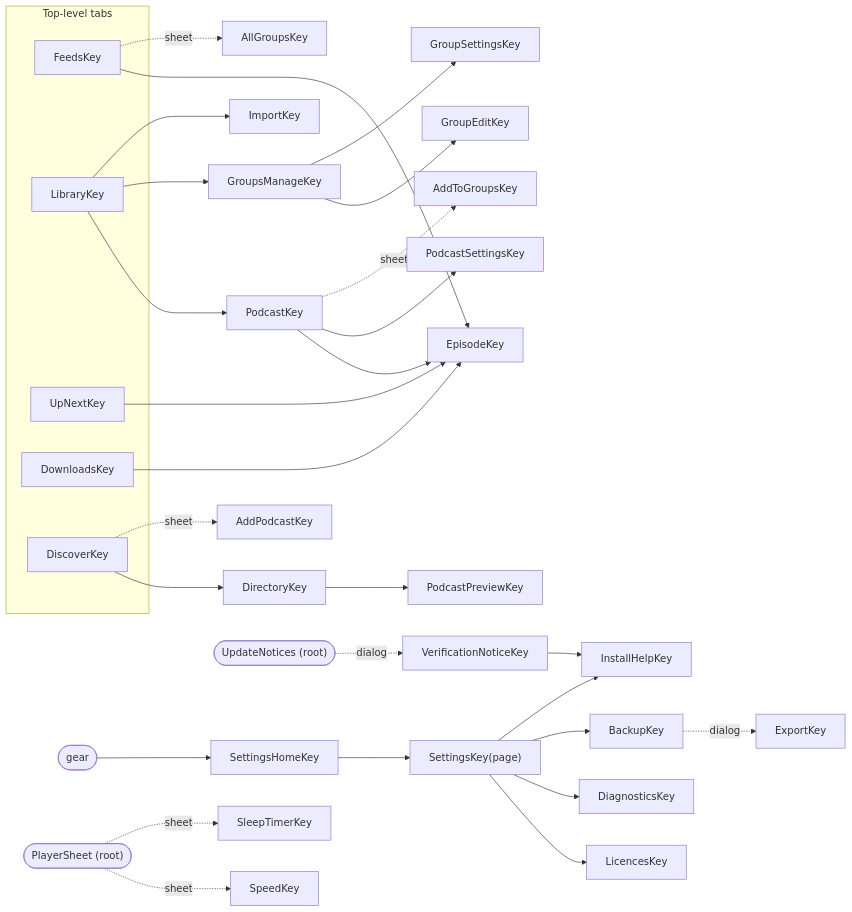
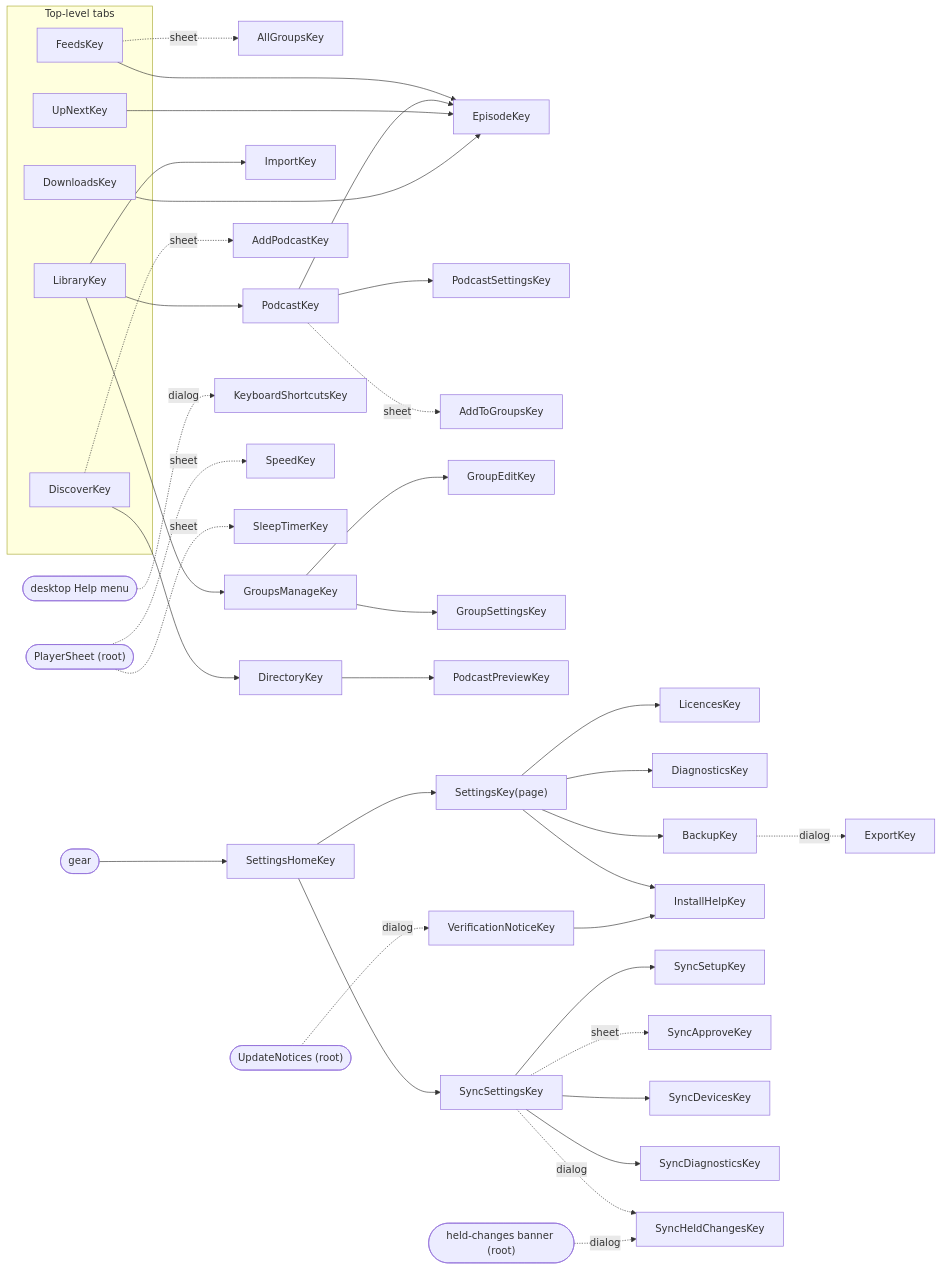
One commit to BigBoyDevBox/Neutrodyne changed the first of 6 diagrams in docs/design/08-ui-ux.md. Above: the diagram before and after it, drawn with Mermaid. The commit also changed other lines of this file and 2 other files, not shown here.

````diff
--- a/docs/design/08-ui-ux.md
+++ b/docs/design/08-ui-ux.md
@@ -128,36 +203,44 @@
 ```mermaid
 flowchart LR
   subgraph TABS["Top-level tabs"]
     F["FeedsKey"]
     L["LibraryKey"]
     U["UpNextKey"]
     D["DownloadsKey"]
     X["DiscoverKey"]
   end
   F --> E["EpisodeKey"]
   F -. sheet .-> AG["AllGroupsKey"]
   L --> P["PodcastKey"]
   P --> E
   P --> PS["PodcastSettingsKey"]
   P -. sheet .-> ATG["AddToGroupsKey"]
   L --> GM["GroupsManageKey"]
   GM --> GE["GroupEditKey"]
   GM --> GS["GroupSettingsKey"]
   L --> IK["ImportKey"]
   U --> E
   D --> E
   X --> DIR["DirectoryKey"]
   DIR --> PP["PodcastPreviewKey"]
   X -. sheet .-> AP["AddPodcastKey"]
   GEAR(["gear"]) --> SH["SettingsHomeKey"]
   SH --> SK["SettingsKey(page)"]
   SK --> LIC["LicencesKey"]
   SK --> DG["DiagnosticsKey"]
   SK --> BK["BackupKey"]
   BK -. dialog .-> EX["ExportKey"]
   SK --> IH["InstallHelpKey"]
+  SH --> SY["SyncSettingsKey"]
+  SY --> SU["SyncSetupKey"]
+  SY -. sheet .-> SA["SyncApproveKey"]
+  SY --> SD["SyncDevicesKey"]
+  SY --> SDG["SyncDiagnosticsKey"]
+  SY -. dialog .-> SHC["SyncHeldChangesKey"]
+  MENU(["desktop Help menu"]) -. dialog .-> KS["KeyboardShortcutsKey"]
   PLAYER(["PlayerSheet (root)"]) -. sheet .-> SPD["SpeedKey"]
   PLAYER -. sheet .-> SLP["SleepTimerKey"]
   NOTICES(["UpdateNotices (root)"]) -. dialog .-> VN["VerificationNoticeKey"]
   VN --> IH
+  SYNCB(["held-changes banner (root)"]) -. dialog .-> SHC
 ```
````
